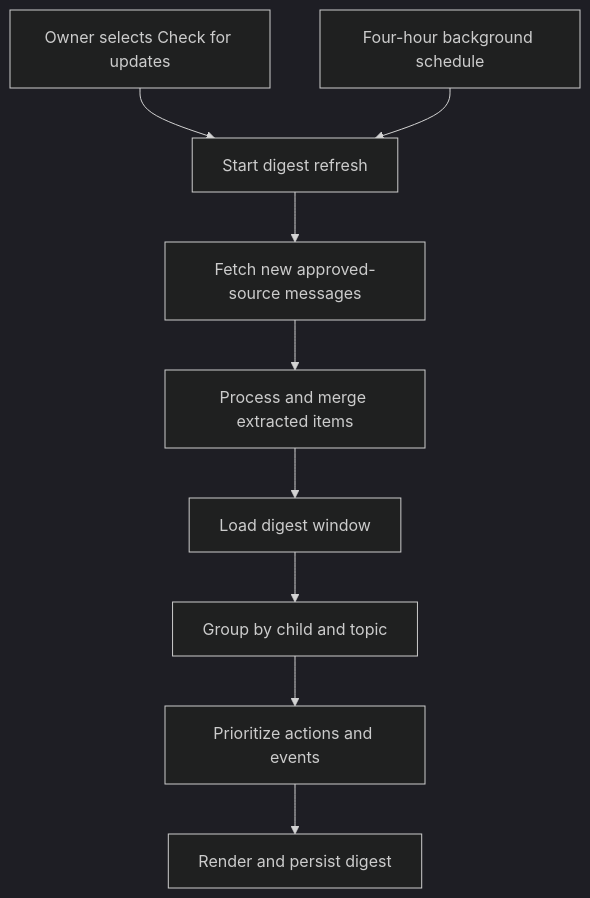
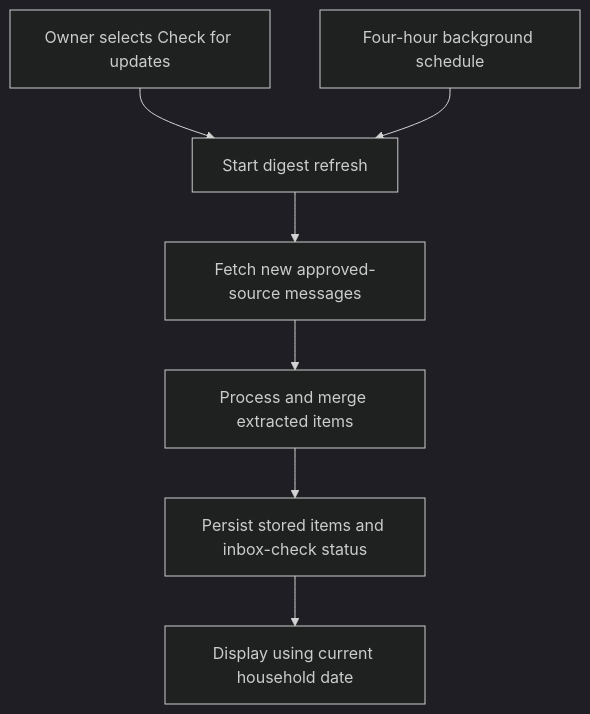
One commit to kid-scheduler/school-email-assistant changed the third of 4 diagrams in docs/langgraph-workflows.md. Above: the diagram before and after it, drawn with Mermaid (dark theme). The commit also changed other lines of this file and 6 other files, not shown here.

Commit message:
Resolve estimated-date routing and cached digest date rollover

````diff
--- a/docs/langgraph-workflows.md
+++ b/docs/langgraph-workflows.md
@@ -145,11 +145,9 @@
 ```mermaid
 flowchart TD
   A["Owner selects Check for updates"] --> B["Start digest refresh"]
   A2["Four-hour background schedule"] --> B
   B --> C["Fetch new approved-source messages"]
   C --> D["Process and merge extracted items"]
-  D --> E["Load digest window"]
-  E --> F["Group by child and topic"]
-  F --> G["Prioritize actions and events"]
-  G --> H["Render and persist digest"]
+  D --> E["Persist stored items and inbox-check status"]
+  E --> F["Display using current household date"]
 ```
````
